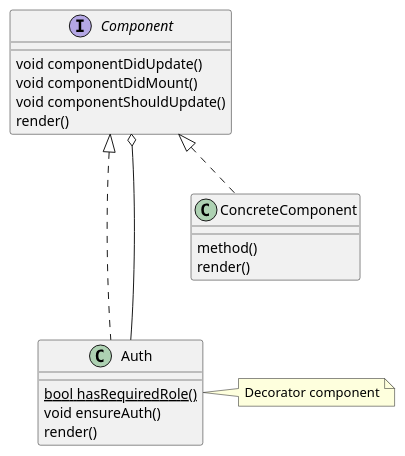
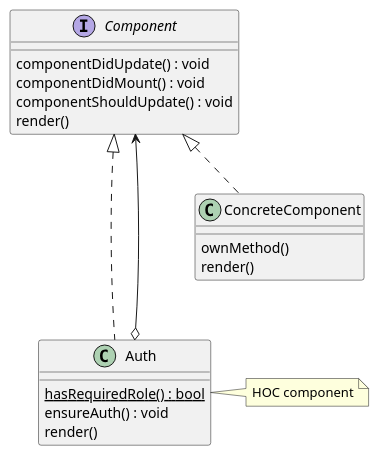
One commit to ALIENK9/Canteen changed the diagram in docs/uml/Auth.puml. Above: the diagram before and after it, drawn with PlantUML. The commit also changed 42 other files, not shown here.

Commit message:
Fixed UML diagrams and removed comments

```diff
--- a/docs/uml/Auth.puml
+++ b/docs/uml/Auth.puml
@@ -1,26 +1,26 @@
-@startuml Auth Component
+@startuml Auth
 
 class Auth implements Component {
-  {static} bool hasRequiredRole()
-  void ensureAuth()
+  {static} hasRequiredRole() : bool
+  ensureAuth() : void
   render()
 }
 
 class ConcreteComponent implements Component {
-  method()
+  ownMethod()
   render()
 }
 
 interface Component {
-  void componentDidUpdate()
-  void componentDidMount()
-  void componentShouldUpdate()
+  componentDidUpdate() : void
+  componentDidMount() : void
+  componentShouldUpdate() : void
   render()
 }
 
-note right of Auth : Decorator component
+note right of Auth : HOC component
 
-Component o--- Auth
+Component <---o Auth
 
 
 @enduml
```
